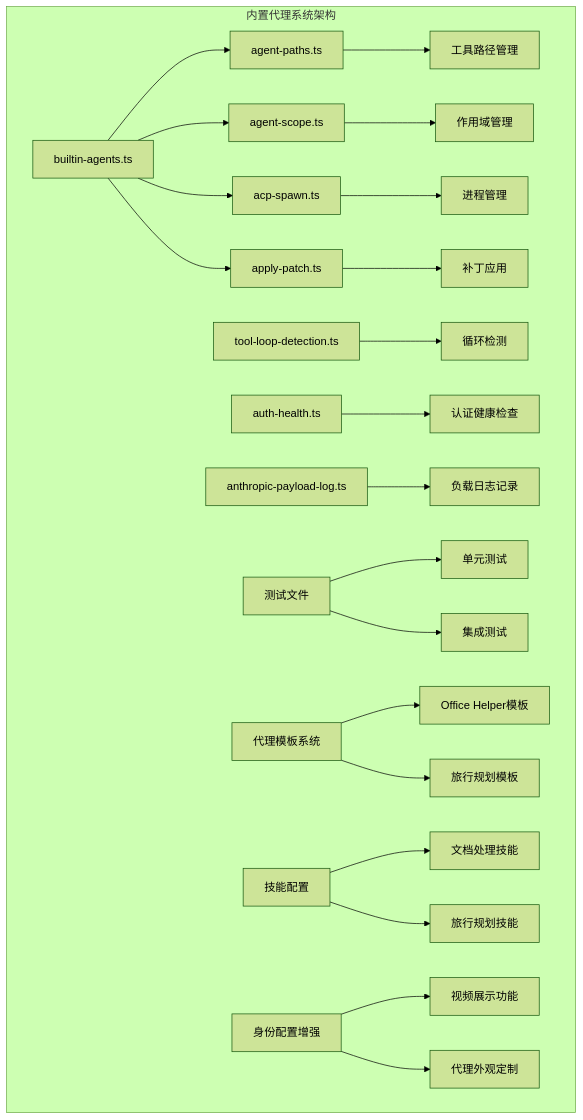
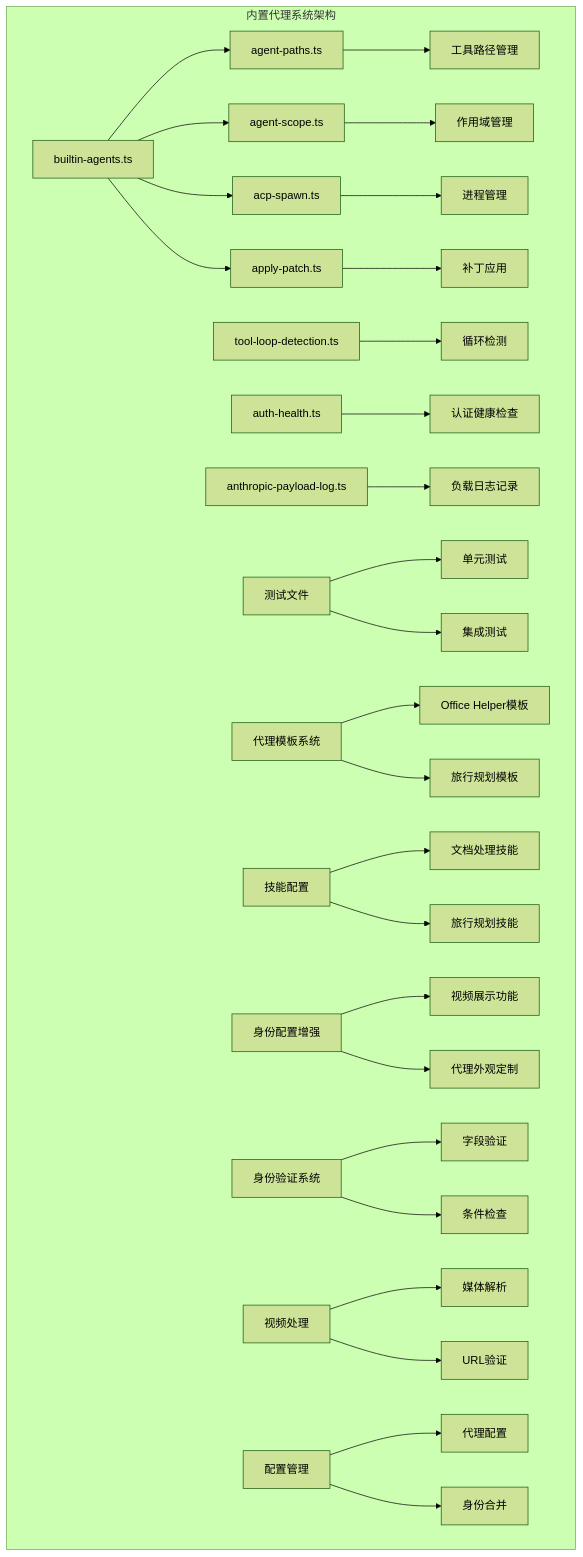
One commit to verse-ai-org/openclaw changed the first of 16 diagrams in .qoder/repowiki/zh/content/Builtin Agents System.md. Above: the diagram before and after it, drawn with Mermaid (forest theme). The commit also changed other lines of this file and 27 other files, not shown here.

````diff
--- a/.qoder/repowiki/zh/content/Builtin Agents System.md
+++ b/.qoder/repowiki/zh/content/Builtin Agents System.md
@@ -72,24 +82,30 @@
 ```mermaid
 graph TB
 subgraph "内置代理系统架构"
 A[builtin-agents.ts] --> B[agent-paths.ts]
 A --> C[agent-scope.ts]
 A --> D[acp-spawn.ts]
 A --> E[apply-patch.ts]
 B --> F[工具路径管理]
 C --> G[作用域管理]
 D --> H[进程管理]
 E --> I[补丁应用]
 J[tool-loop-detection.ts] --> K[循环检测]
 L[auth-health.ts] --> M[认证健康检查]
 N[anthropic-payload-log.ts] --> O[负载日志记录]
 P[测试文件] --> Q[单元测试]
 P --> R[集成测试]
 S[代理模板系统] --> T[Office Helper模板]
 S --> U[旅行规划模板]
 V[技能配置] --> W[文档处理技能]
 V --> X[旅行规划技能]
 Y[身份配置增强] --> Z[视频展示功能]
 Y --> AA[代理外观定制]
+BB[身份验证系统] --> CC[字段验证]
+BB --> DD[条件检查]
+EE[视频处理] --> FF[媒体解析]
+EE --> GG[URL验证]
+HH[配置管理] --> II[代理配置]
+HH --> JJ[身份合并]
 end
 ```
````
